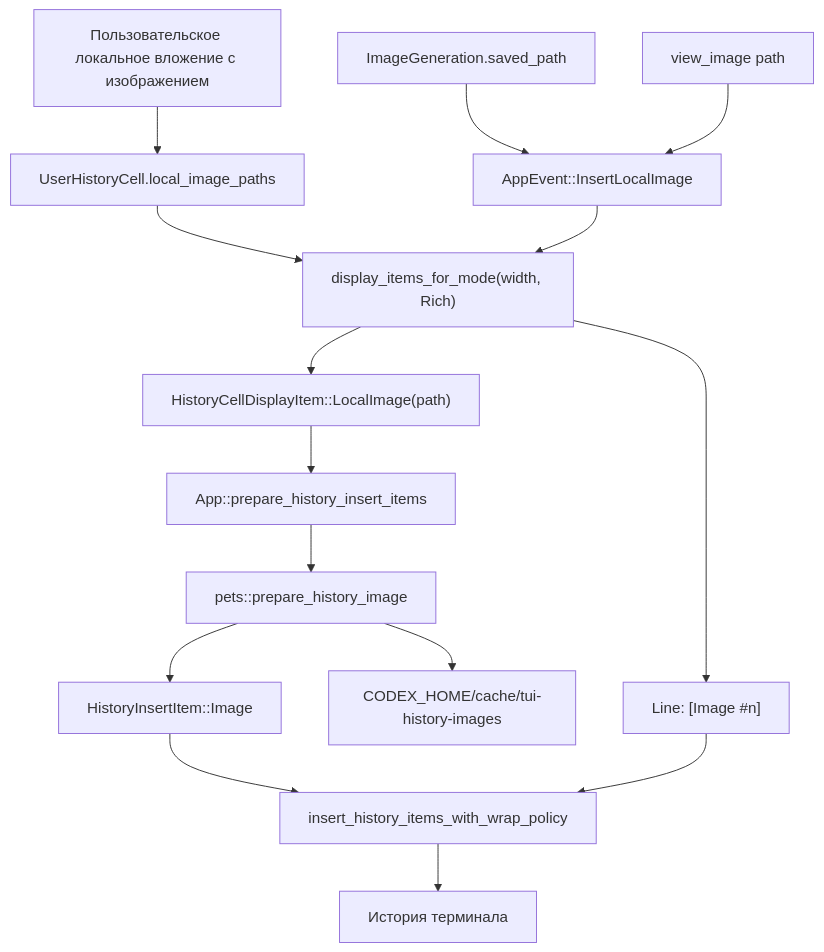
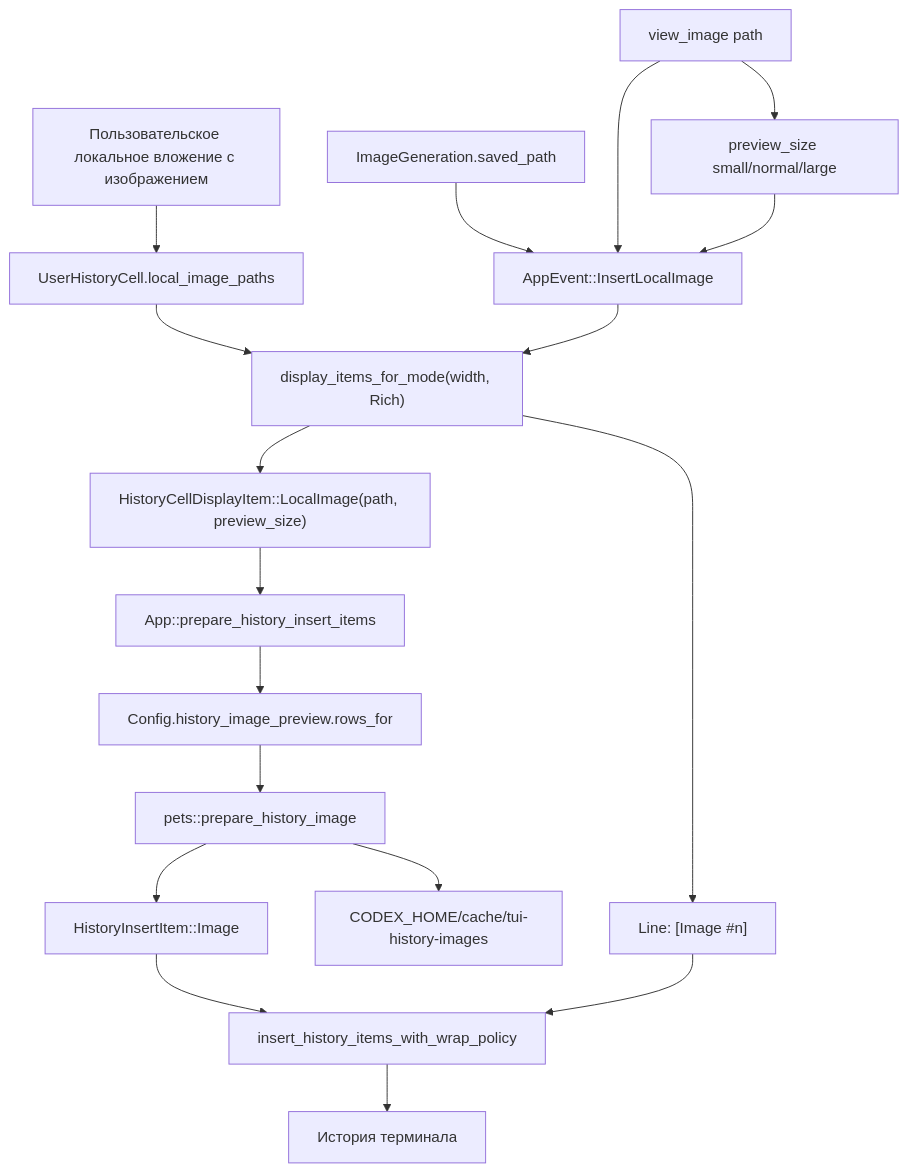
Before and after one commit to evil-cats/codex: the diagram in docs/architecture/features/tui-history-image-previews.md, drawn with Mermaid. The commit also changed other lines of this file and 50 other files, not shown here.

First line of the commit message:
Add configurable TUI image preview sizes

````diff
--- a/docs/architecture/features/tui-history-image-previews.md
+++ b/docs/architecture/features/tui-history-image-previews.md
@@ -150,32 +164,37 @@
 ```mermaid
 flowchart TD
     Attachment["Пользовательское локальное вложение с изображением"]
     Generated["ImageGeneration.saved_path"]
     ViewImage["view_image path"]
     UserCell["UserHistoryCell.local_image_paths"]
+    PreviewSize["preview_size small/normal/large"]
     AppEvent["AppEvent::InsertLocalImage"]
     Display["display_items_for_mode(width, Rich)"]
     Fallback["Line: [Image #n]"]
-    Marker["HistoryCellDisplayItem::LocalImage(path)"]
+    Marker["HistoryCellDisplayItem::LocalImage(path, preview_size)"]
+    Config["Config.history_image_preview.rows_for"]
     Prepare["App::prepare_history_insert_items"]
     Pets["pets::prepare_history_image"]
     Cache["CODEX_HOME/cache/tui-history-images"]
     Item["HistoryInsertItem::Image"]
     Writer["insert_history_items_with_wrap_policy"]
     Scrollback["История терминала"]
 
     Attachment --> UserCell
     Generated --> AppEvent
     ViewImage --> AppEvent
+    ViewImage --> PreviewSize
+    PreviewSize --> AppEvent
     UserCell --> Display
     AppEvent --> Display
     Display --> Fallback
     Display --> Marker
     Marker --> Prepare
-    Prepare --> Pets
+    Prepare --> Config
+    Config --> Pets
     Pets --> Cache
     Pets --> Item
     Item --> Writer
     Fallback --> Writer
     Writer --> Scrollback
 ```
````
